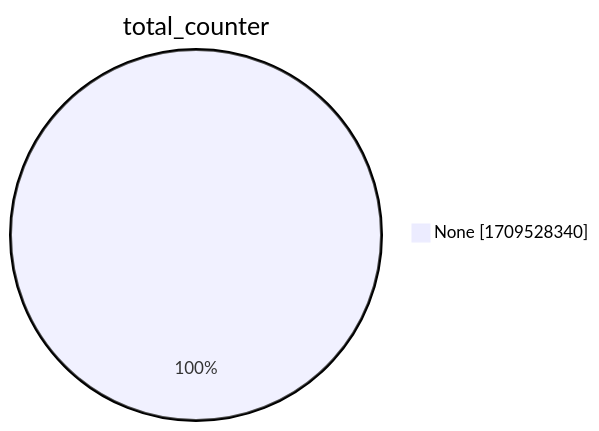
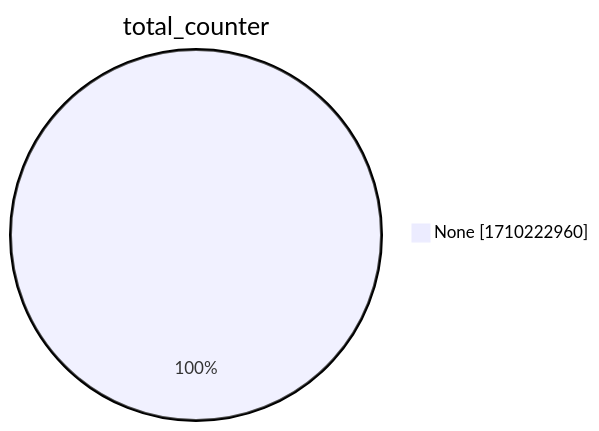
Before and after one commit to christiankrug/ctmonitor_visualization: the second of 15 diagrams in xenon2022/README.md, drawn with Mermaid. The commit also changed other lines of this file, not shown here.

````diff
--- a/xenon2022/README.md
+++ b/xenon2022/README.md
@@ -9,5 +9,5 @@
 ```mermaid
 pie showData
 title total_counter
-"None" :1709528340
+"None" :1710222960
 ```
````
